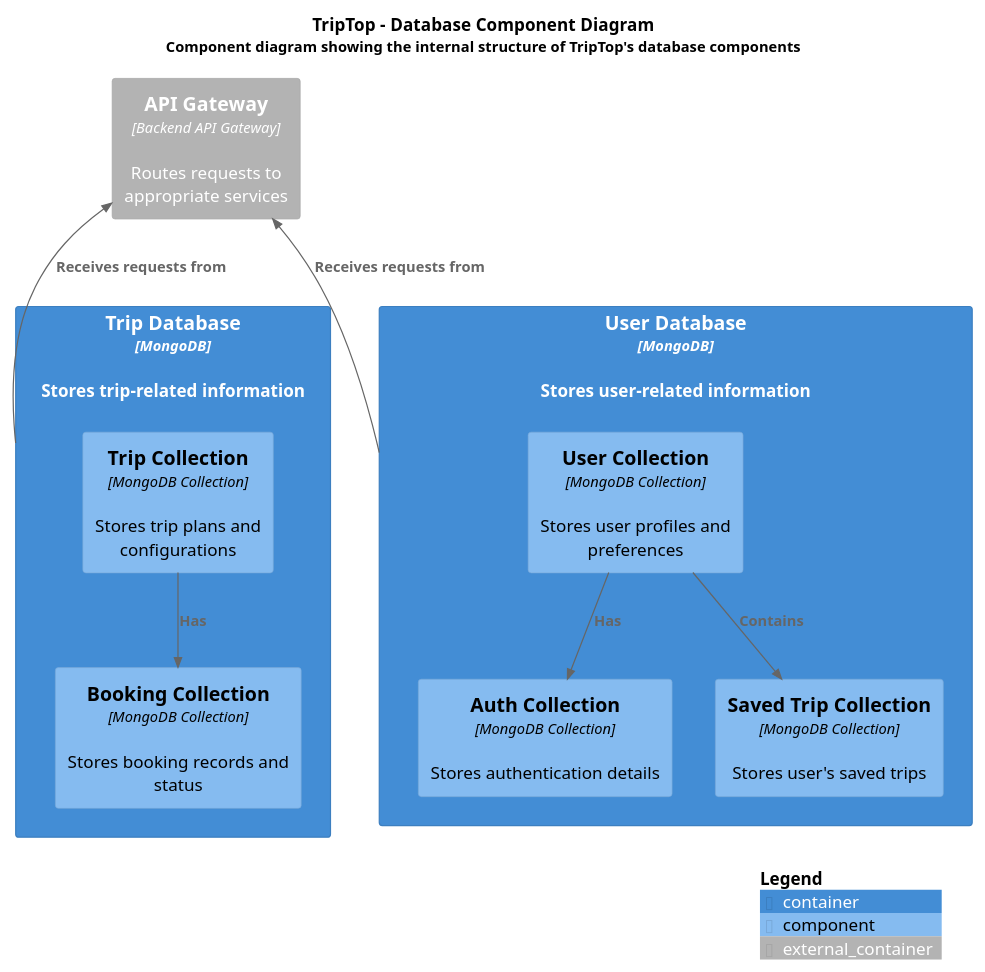
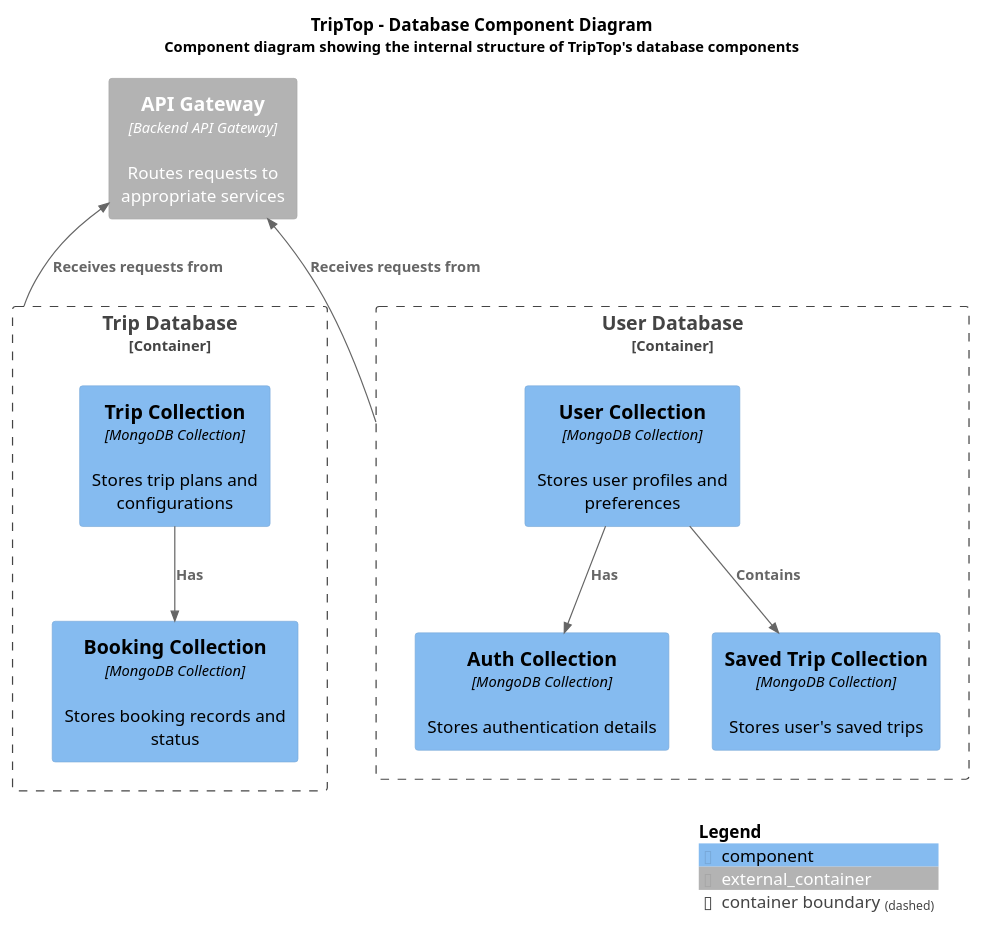
Before and after one commit to AIM-ENE-feb25/triptop-groep-b1: the diagram in software-guidebook/component-diagram/database-component-diagram-triptop.puml, drawn with PlantUML. The commit also changed 5 other files, not shown here.

```diff
--- a/software-guidebook/component-diagram/database-component-diagram-triptop.puml
+++ b/software-guidebook/component-diagram/database-component-diagram-triptop.puml
@@ -1,41 +1,41 @@
 @startuml
 
 title
 TripTop - Database Component Diagram
 <font size="12">Component diagram showing the internal structure of TripTop's database components</font>
 end title
 
 !include <C4/C4_Component>
 
 LAYOUT_WITH_LEGEND()
 
 ' External Systems (Top Layer)
 Container_Ext(apiGateway, "API Gateway", "Backend API Gateway", "Routes requests to appropriate services")
 
 ' Trip Database Layer
-Container(tripDatabase, "Trip Database", "MongoDB", "Stores trip-related information") {
+Container_Boundary(tripDatabase, "Trip Database", "MongoDB", "Stores trip-related information") {
     Component(tripCollection, "Trip Collection", "MongoDB Collection", "Stores trip plans and configurations")
     Component(bookingCollection, "Booking Collection", "MongoDB Collection", "Stores booking records and status")
 
     ' Internal Trip Database relationships
     Rel(tripCollection, bookingCollection, "Has")
 }
 
 ' User Database Layer
-Container(userDatabase, "User Database", "MongoDB", "Stores user-related information") {
+Container_Boundary(userDatabase, "User Database", "MongoDB", "Stores user-related information") {
     Component(userCollection, "User Collection", "MongoDB Collection", "Stores user profiles and preferences")
     Component(authCollection, "Auth Collection", "MongoDB Collection", "Stores authentication details")
     Component(savedTripCollection, "Saved Trip Collection", "MongoDB Collection", "Stores user's saved trips")
 
     ' Internal User Database relationships
     Rel(userCollection, authCollection, "Has")
     Rel(userCollection, savedTripCollection, "Contains")
 }
 
 ' External Relationships
 Rel_U(tripDatabase, apiGateway, "Receives requests from")
 Rel_U(userDatabase, apiGateway, "Receives requests from")
 
 SHOW_LEGEND()
 
 @enduml
```
